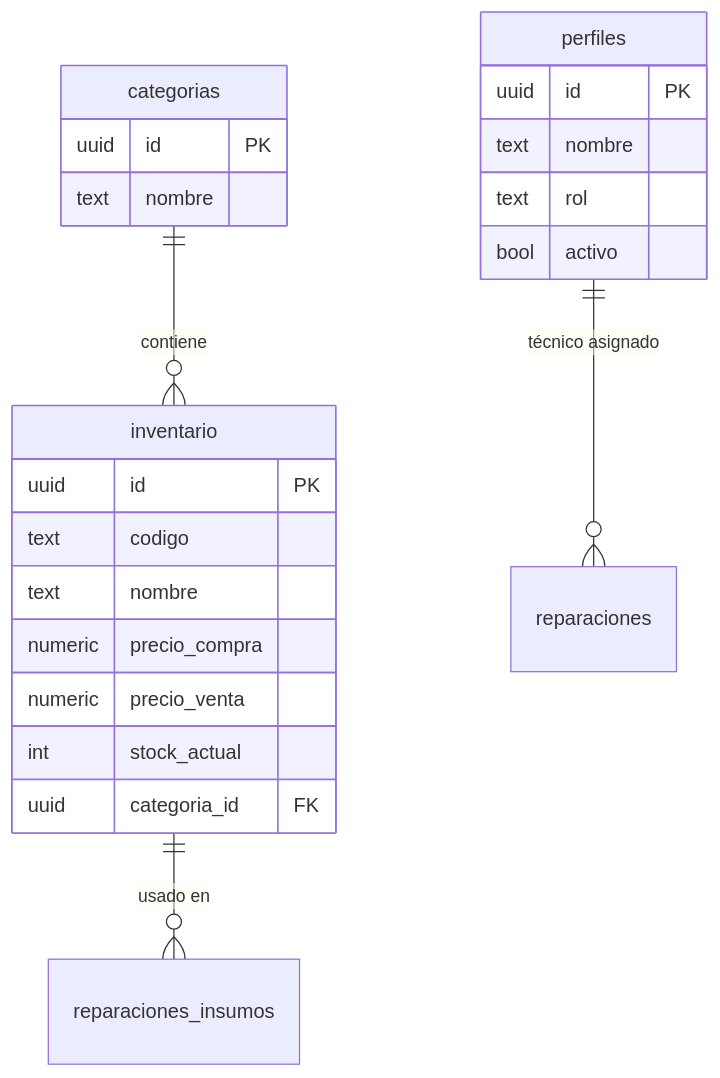
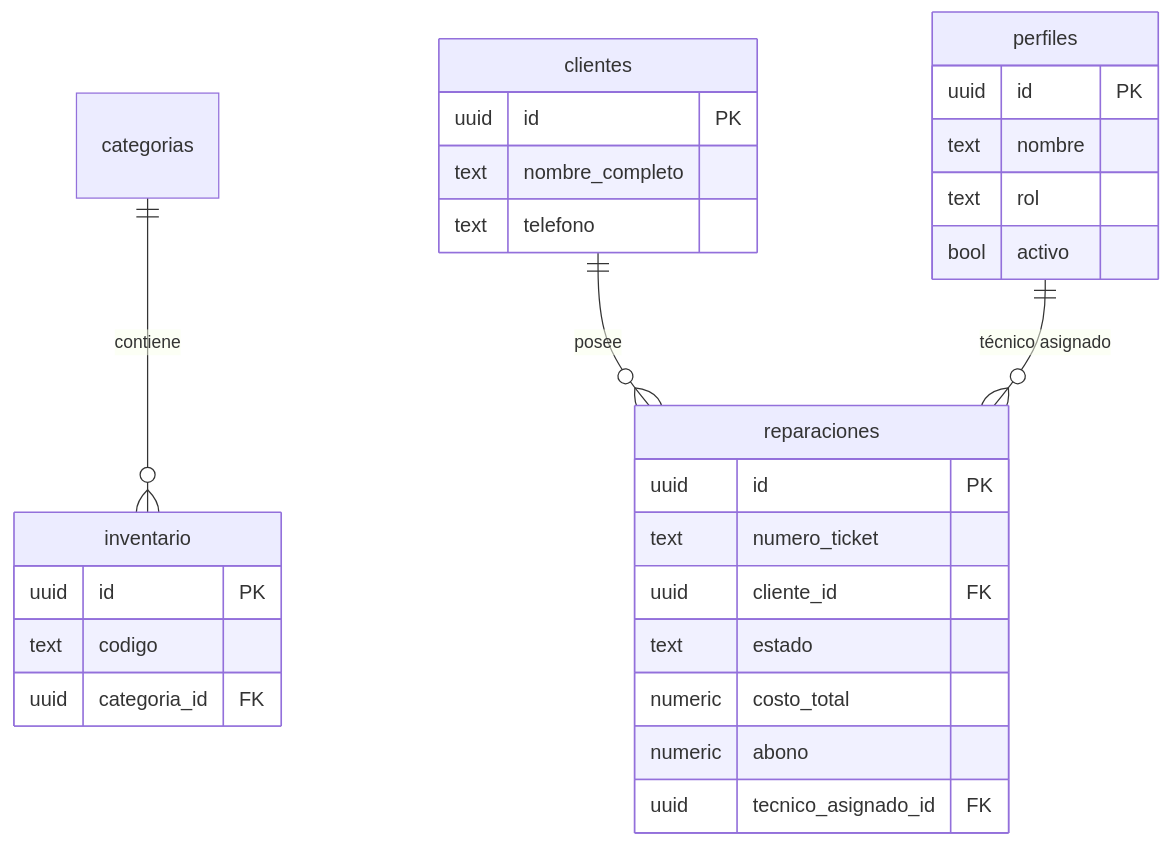
The diagram in docs/DATABASE.md (HermantDiaz/Centro-Tecnico-Relojero), drawn with Mermaid before and after one commit. The commit also changed other lines of this file and 5 other files, not shown here.

````diff
--- a/docs/DATABASE.md
+++ b/docs/DATABASE.md
@@ -49,28 +73,35 @@
 ```mermaid
 erDiagram
     categorias ||--o{ inventario : "contiene"
+    clientes ||--o{ reparaciones : "posee"
     perfiles ||--o{ reparaciones : "técnico asignado"
-    inventario ||--o{ reparaciones_insumos : "usado en"
     
     perfiles {
         uuid id PK
         text nombre
         text rol
         bool activo
     }
     
-    categorias {
+    clientes {
         uuid id PK
-        text nombre
+        text nombre_completo
+        text telefono
+    }
+    
+    reparaciones {
+        uuid id PK
+        text numero_ticket
+        uuid cliente_id FK
+        text estado
+        numeric costo_total
+        numeric abono
+        uuid tecnico_asignado_id FK
     }
     
     inventario {
         uuid id PK
         text codigo
-        text nombre
-        numeric precio_compra
-        numeric precio_venta
-        int stock_actual
         uuid categoria_id FK
     }
 ```
````
